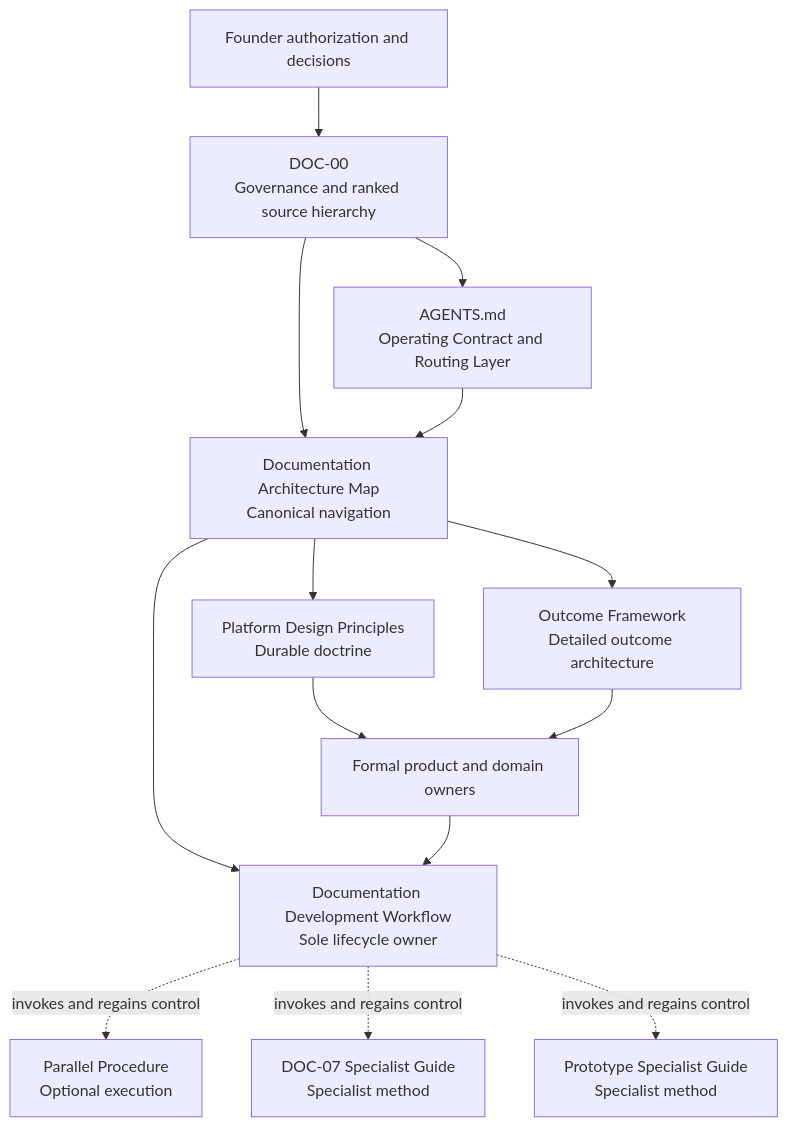
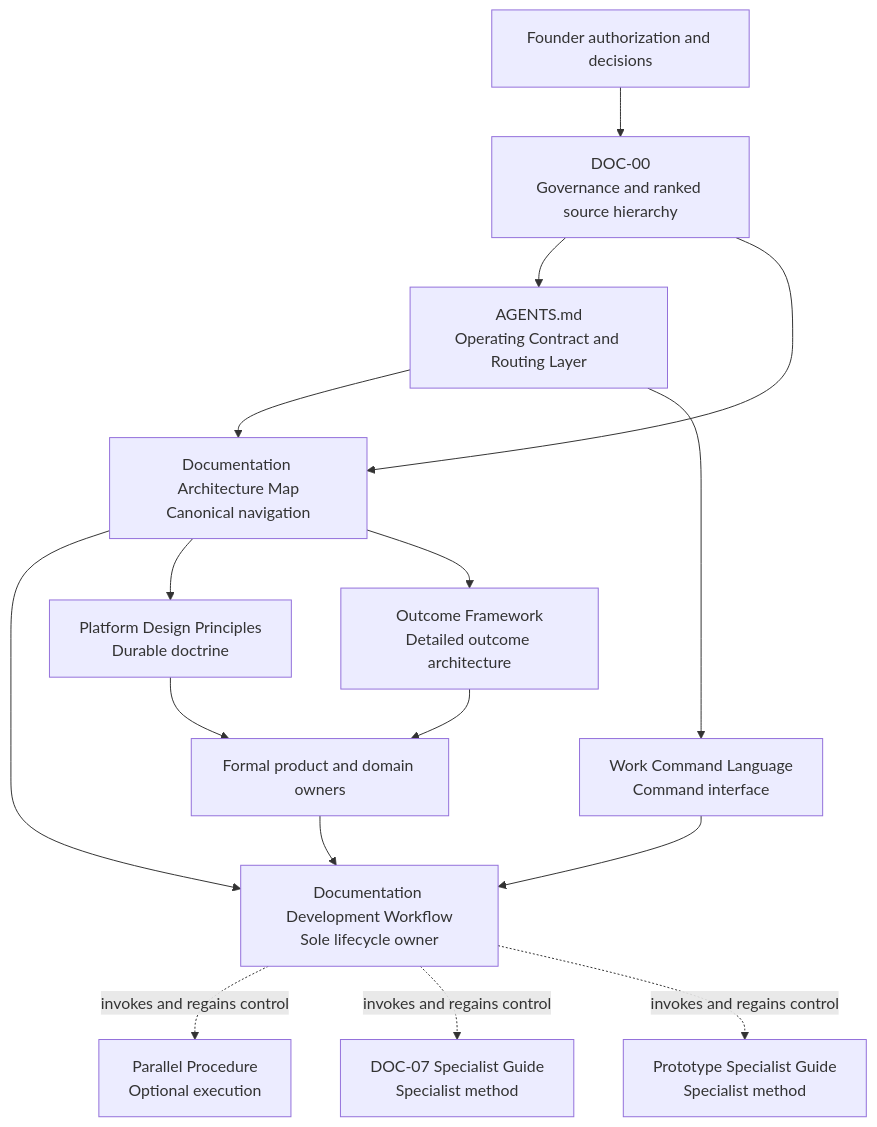
Before and after one commit to adminpayplus/payplus-docs: the diagram in docs/documentation-system/documentation-architecture-map.md, drawn with Mermaid. The commit also changed other lines of this file and 5 other files, not shown here.

Commit message:
docs: add PayPlus work command language

````diff
--- a/docs/documentation-system/documentation-architecture-map.md
+++ b/docs/documentation-system/documentation-architecture-map.md
@@ -9,28 +9,31 @@
 ```mermaid
 flowchart TD
     F["Founder authorization and decisions"]
     D0["DOC-00<br/>Governance and ranked source hierarchy"]
     A["AGENTS.md<br/>Operating Contract and Routing Layer"]
     M["Documentation Architecture Map<br/>Canonical navigation"]
     W["Documentation Development Workflow<br/>Sole lifecycle owner"]
+    C["Work Command Language<br/>Command interface"]
     PP["Platform Design Principles<br/>Durable doctrine"]
     OF["Outcome Framework<br/>Detailed outcome architecture"]
     P["Parallel Procedure<br/>Optional execution"]
     D7["DOC-07 Specialist Guide<br/>Specialist method"]
     PR["Prototype Specialist Guide<br/>Specialist method"]
     O["Formal product and domain owners"]
 
     F --> D0
     D0 --> A
     D0 --> M
     A --> M
     M --> W
+    A --> C
+    C --> W
     M --> PP
     M --> OF
     O --> W
     W -. "invokes and regains control" .-> P
     W -. "invokes and regains control" .-> D7
     W -. "invokes and regains control" .-> PR
     PP --> O
     OF --> O
 ```
````
